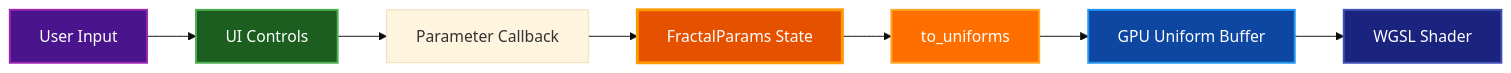
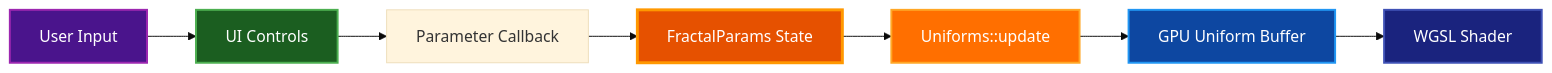
One commit to paulrobello/par-fractal changed the third of 3 diagrams in docs/ARCHITECTURE.md. Above: the diagram before and after it, drawn with Mermaid (base theme). The commit also changed other lines of this file and 3 other files, not shown here.

````diff
--- a/docs/ARCHITECTURE.md
+++ b/docs/ARCHITECTURE.md
@@ -565,16 +565,16 @@
 ```mermaid
 graph LR
     UserInput[User Input] --> UI[UI Controls]
     UI --> Callback[Parameter Callback]
     Callback --> Params[FractalParams State]
-    Params --> Uniforms[to_uniforms]
+    Params --> Uniforms[Uniforms::update]
     Uniforms --> Buffer[GPU Uniform Buffer]
     Buffer --> Shader[WGSL Shader]
 
     style UserInput fill:#4a148c,stroke:#9c27b0,stroke-width:2px,color:#ffffff
     style UI fill:#1b5e20,stroke:#4caf50,stroke-width:2px,color:#ffffff
     style Params fill:#e65100,stroke:#ff9800,stroke-width:3px,color:#ffffff
     style Uniforms fill:#ff6f00,stroke:#ffa726,stroke-width:2px,color:#ffffff
     style Buffer fill:#0d47a1,stroke:#2196f3,stroke-width:2px,color:#ffffff
     style Shader fill:#1a237e,stroke:#3f51b5,stroke-width:2px,color:#ffffff
 ```
````
